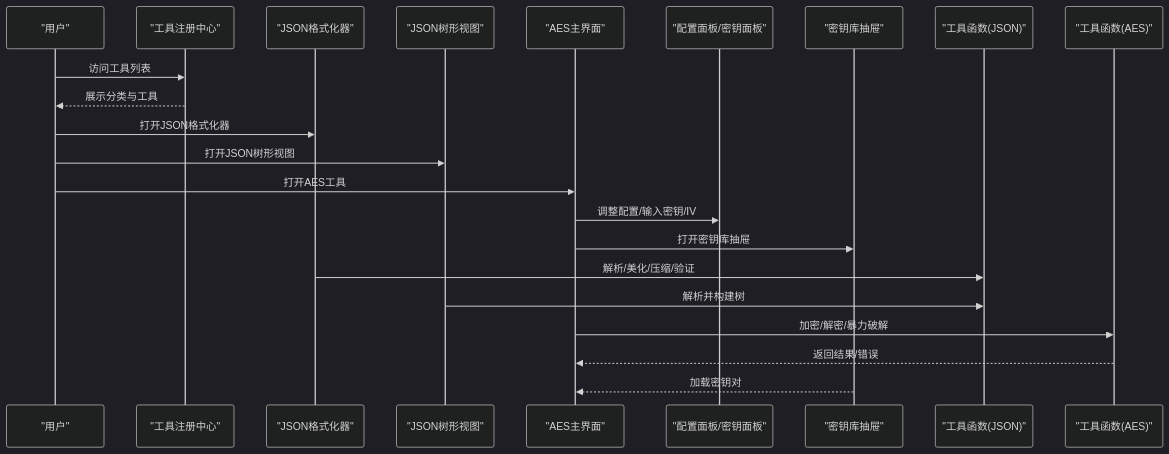
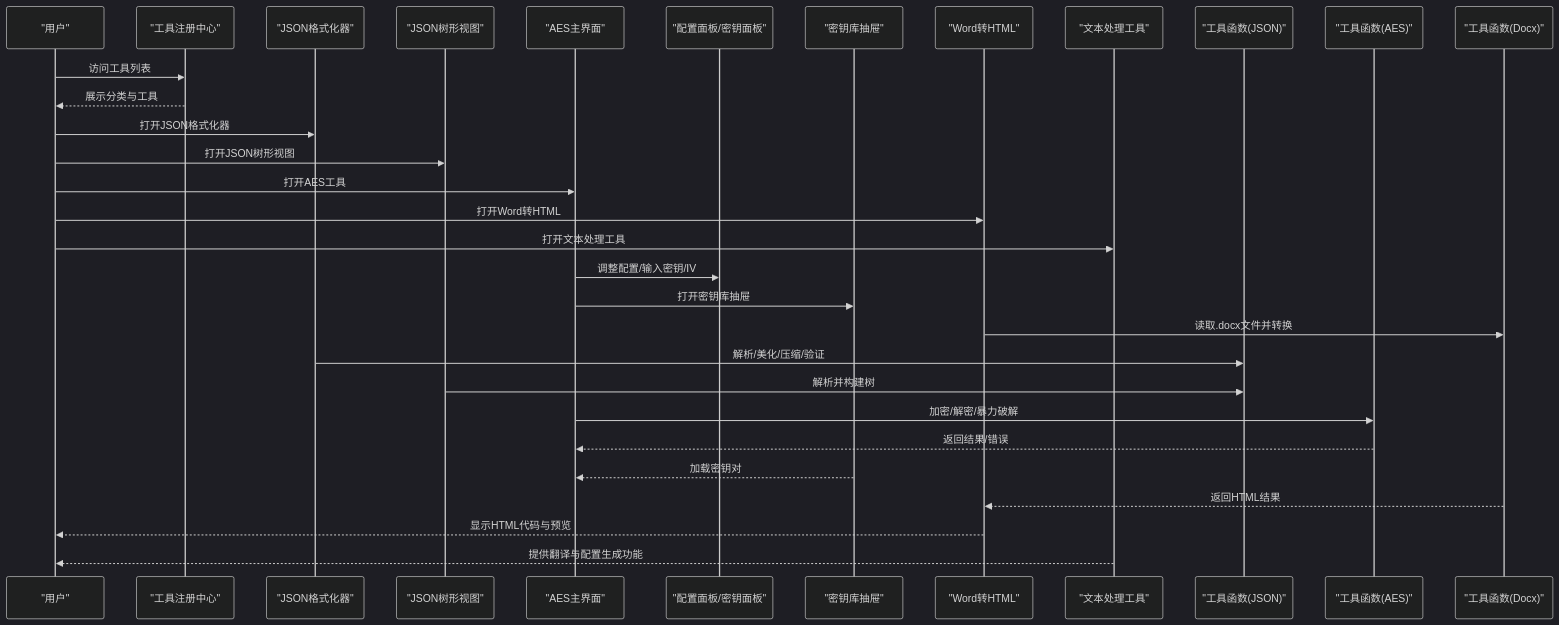
The second of 9 diagrams in .qoder/repowiki/zh/content/项目概述/核心功能/核心功能.md (xkdaq/XKUtil), drawn with Mermaid (dark theme) before and after one commit. The commit also changed other lines of this file and 3 other files, not shown here.

````diff
--- a/.qoder/repowiki/zh/content/项目概述/核心功能/核心功能.md
+++ b/.qoder/repowiki/zh/content/项目概述/核心功能/核心功能.md
@@ -122,24 +168,33 @@
 ```mermaid
 sequenceDiagram
 participant U as "用户"
 participant R as "工具注册中心"
 participant J as "JSON格式化器"
 participant T as "JSON树形视图"
 participant A as "AES主界面"
 participant C as "配置面板/密钥面板"
 participant K as "密钥库抽屉"
+participant D as "Word转HTML"
+participant TX as "文本处理工具"
 participant UJ as "工具函数(JSON)"
 participant UC as "工具函数(AES)"
+participant UD as "工具函数(Docx)"
 U->>R : 访问工具列表
 R-->>U : 展示分类与工具
 U->>J : 打开JSON格式化器
 U->>T : 打开JSON树形视图
 U->>A : 打开AES工具
+U->>D : 打开Word转HTML
+U->>TX : 打开文本处理工具
 A->>C : 调整配置/输入密钥/IV
 A->>K : 打开密钥库抽屉
+D->>UD : 读取.docx文件并转换
 J->>UJ : 解析/美化/压缩/验证
 T->>UJ : 解析并构建树
 A->>UC : 加密/解密/暴力破解
 UC-->>A : 返回结果/错误
 K-->>A : 加载密钥对
+UD-->>D : 返回HTML结果
+D-->>U : 显示HTML代码与预览
+TX-->>U : 提供翻译与配置生成功能
 ```
````
